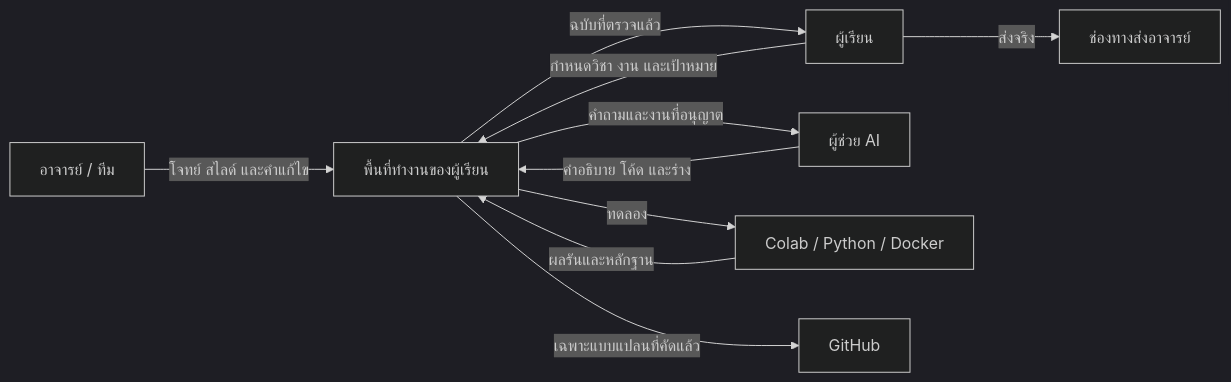
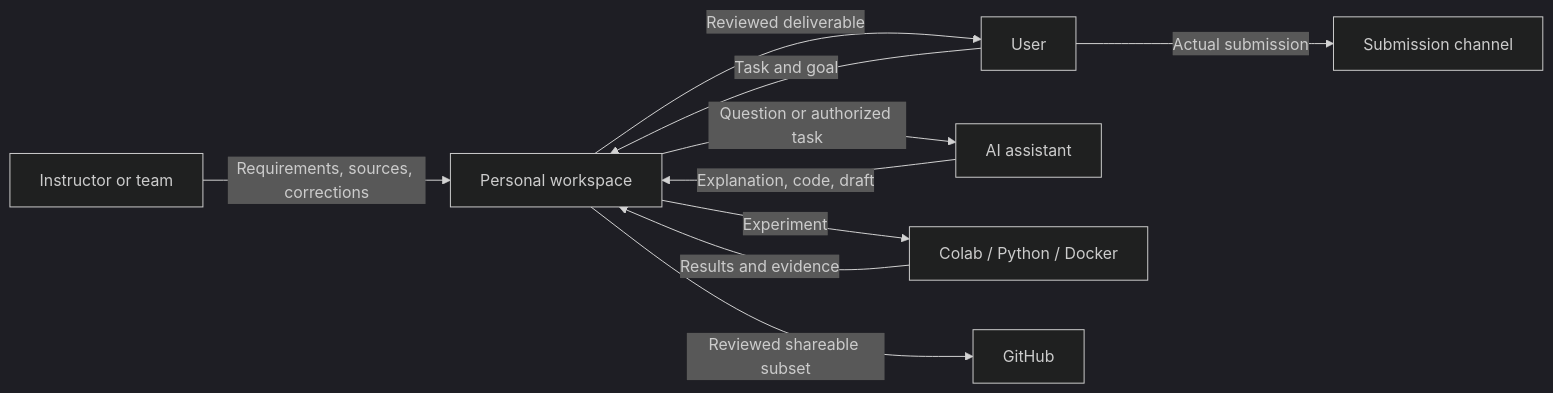
Before and after one commit to panithan1991/ai-assisted-workflow: the first of 2 diagrams in docs/architecture.md, drawn with Mermaid (dark theme). The commit also changed other lines of this file and 23 other files, not shown here.

````diff
--- a/docs/architecture.md
+++ b/docs/architecture.md
@@ -16,12 +17,12 @@
-```mermaid
+~~~mermaid
 flowchart LR
-    T["อาจารย์ / ทีม"] -->|โจทย์ สไลด์ และคำแก้ไข| W["พื้นที่ทำงานของผู้เรียน"]
-    U["ผู้เรียน"] -->|กำหนดวิชา งาน และเป้าหมาย| W
-    W -->|คำถามและงานที่อนุญาต| AI["ผู้ช่วย AI"]
-    AI -->|คำอธิบาย โค้ด และร่าง| W
-    W -->|ทดลอง| R["Colab / Python / Docker"]
-    R -->|ผลรันและหลักฐาน| W
-    W -->|ฉบับที่ตรวจแล้ว| U
-    U -->|ส่งจริง| S["ช่องทางส่งอาจารย์"]
-    W -->|เฉพาะแบบแปลนที่คัดแล้ว| G["GitHub"]
-```
+    T["Instructor or team"] -->|"Requirements, sources, corrections"| W["Personal workspace"]
+    U["User"] -->|"Task and goal"| W
+    W -->|"Question or authorized task"| AI["AI assistant"]
+    AI -->|"Explanation, code, draft"| W
+    W -->|"Experiment"| R["Colab / Python / Docker"]
+    R -->|"Results and evidence"| W
+    W -->|"Reviewed deliverable"| U
+    U -->|"Actual submission"| S["Submission channel"]
+    W -->|"Reviewed shareable subset"| G["GitHub"]
+~~~
````
